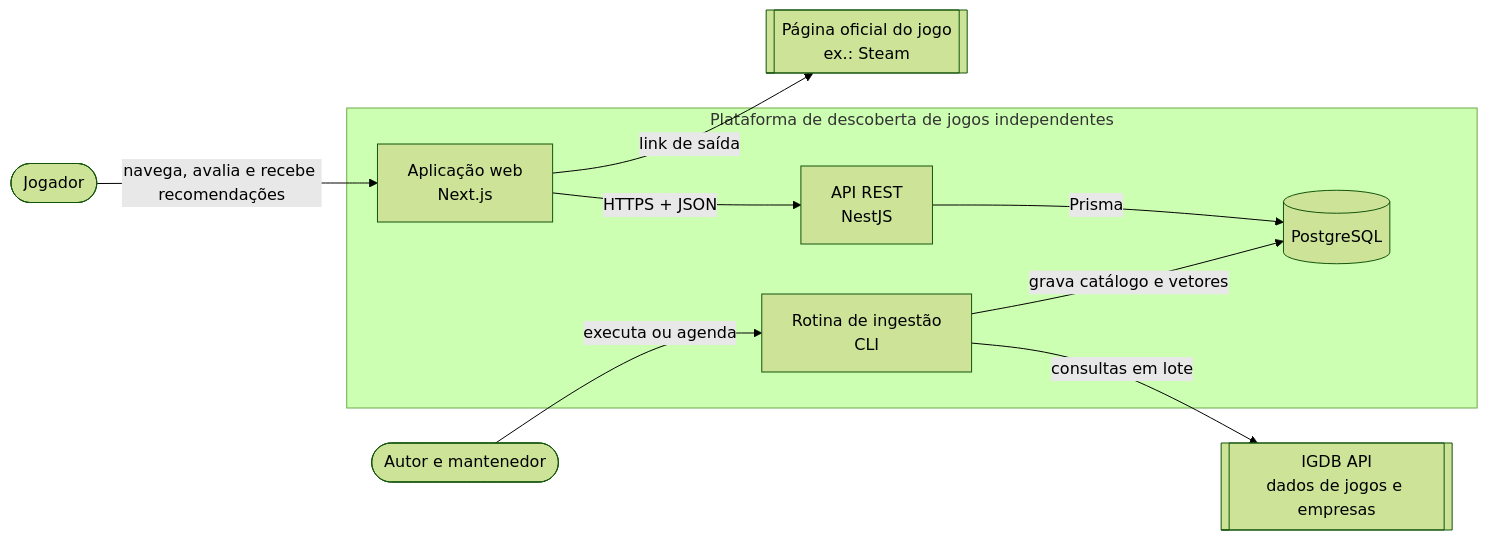
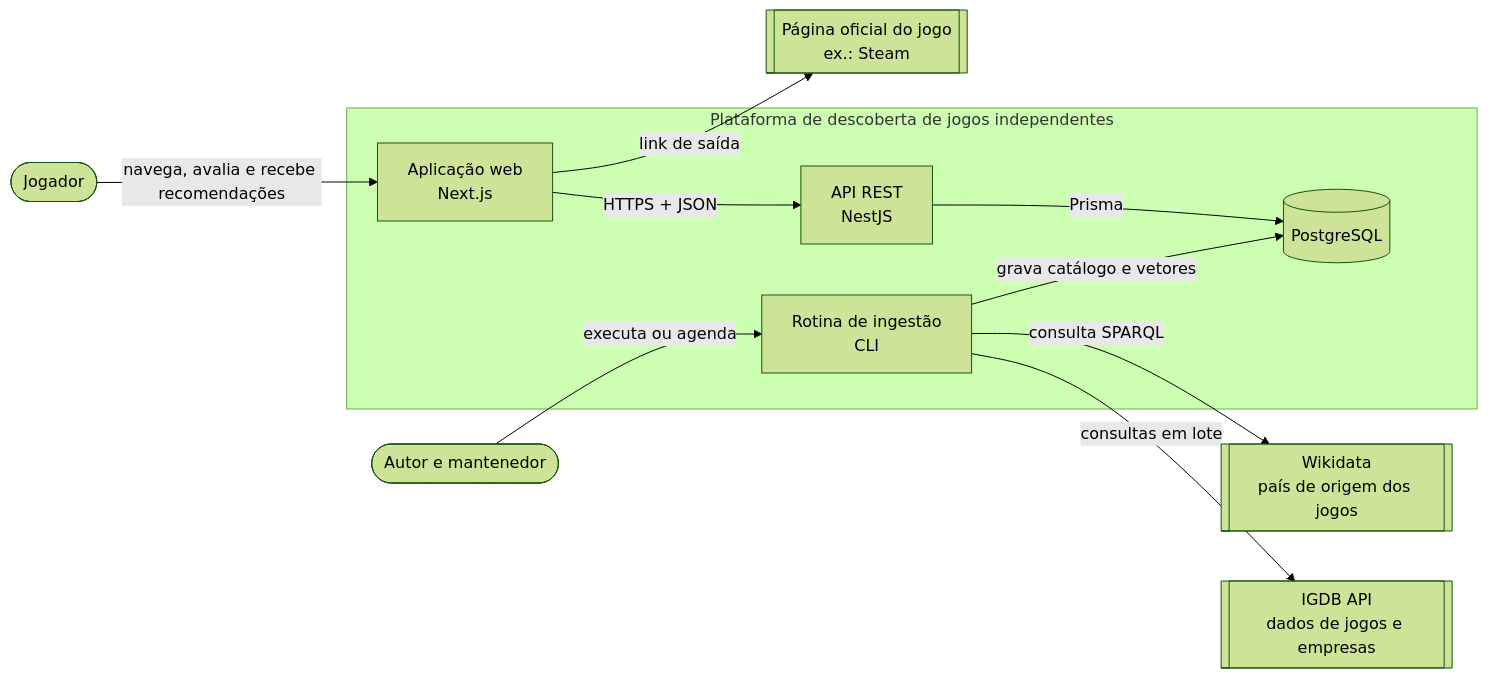
The first of 6 diagrams in docs/proposta-tecnica.md (vicgopfert/indie-discovery), drawn with Mermaid (forest theme) before and after one commit. The commit also changed other lines of this file and 12 other files, not shown here.

````diff
--- a/docs/proposta-tecnica.md
+++ b/docs/proposta-tecnica.md
@@ -511,20 +518,22 @@
 ```mermaid
 flowchart LR
     jogador(["Jogador"])
     autor(["Autor e mantenedor"])
     subgraph plataforma["Plataforma de descoberta de jogos independentes"]
         web["Aplicação web<br/>Next.js"]
         api["API REST<br/>NestJS"]
         db[("PostgreSQL")]
         ingest["Rotina de ingestão<br/>CLI"]
     end
     igdb[["IGDB API<br/>dados de jogos e empresas"]]
+    wikidata[["Wikidata<br/>país de origem dos jogos"]]
     loja[["Página oficial do jogo<br/>ex.: Steam"]]
     jogador -->|"navega, avalia e recebe recomendações"| web
     web -->|"HTTPS + JSON"| api
     api -->|"Prisma"| db
     autor -->|"executa ou agenda"| ingest
     ingest -->|"consultas em lote"| igdb
+    ingest -->|"consulta SPARQL"| wikidata
     ingest -->|"grava catálogo e vetores"| db
     web -->|"link de saída"| loja
 ```
````
